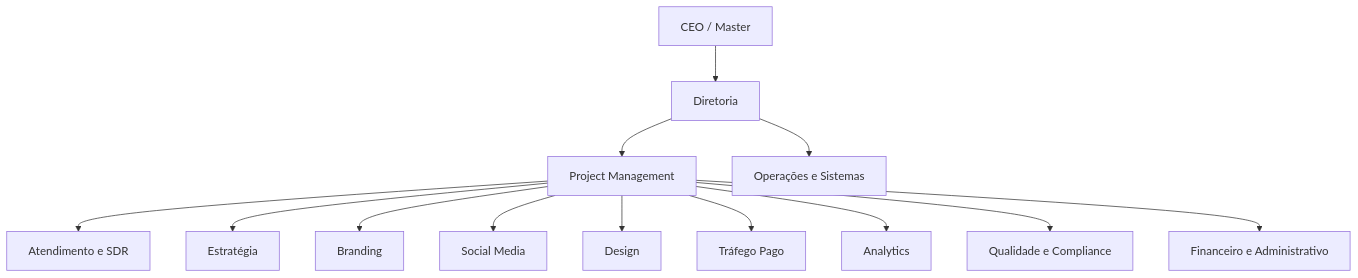
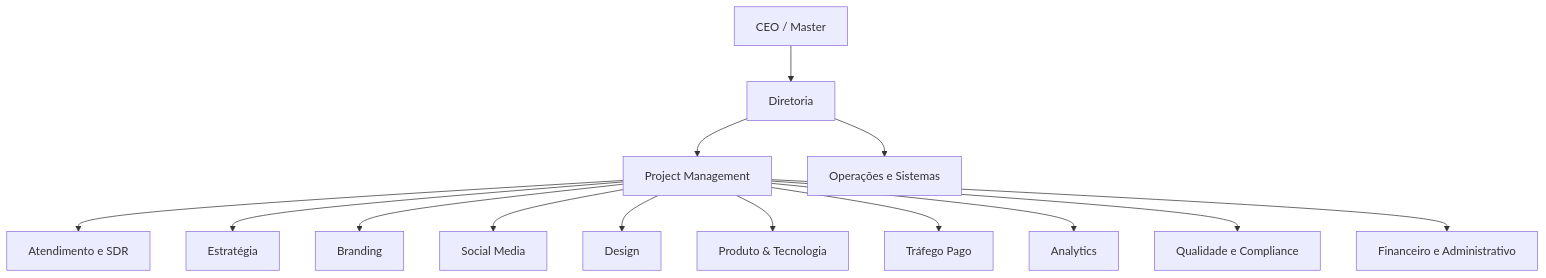
One commit to diolisantos10/diolidigital changed the first of 2 diagrams in docs/arquitetura-operacional-v2/01-ARQUITETURA-MESTRA.md. Above: the diagram before and after it, drawn with Mermaid. The commit also changed other lines of this file and 37 other files, not shown here.

Commit message:
feat: adiciona departamento de produto e tecnologia

````diff
--- a/docs/arquitetura-operacional-v2/01-ARQUITETURA-MESTRA.md
+++ b/docs/arquitetura-operacional-v2/01-ARQUITETURA-MESTRA.md
@@ -22,15 +22,16 @@
 ```mermaid
 flowchart TD
     CEO["CEO / Master"] --> DIR["Diretoria"]
     DIR --> PM["Project Management"]
     DIR --> OPS["Operações e Sistemas"]
     PM --> SDR["Atendimento e SDR"]
     PM --> STR["Estratégia"]
     PM --> BR["Branding"]
     PM --> SM["Social Media"]
     PM --> DS["Design"]
+    PM --> PT["Produto & Tecnologia"]
     PM --> TR["Tráfego Pago"]
     PM --> AN["Analytics"]
     PM --> QA["Qualidade e Compliance"]
     PM --> FI["Financeiro e Administrativo"]
 ```
````
